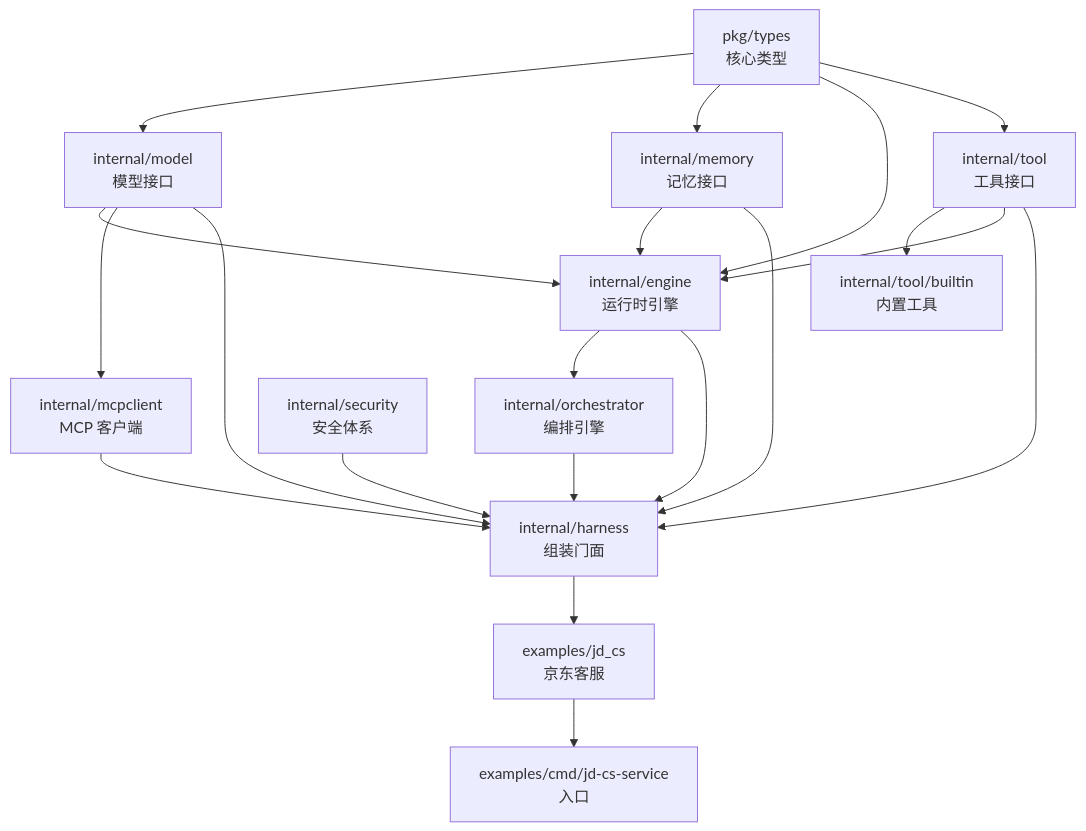
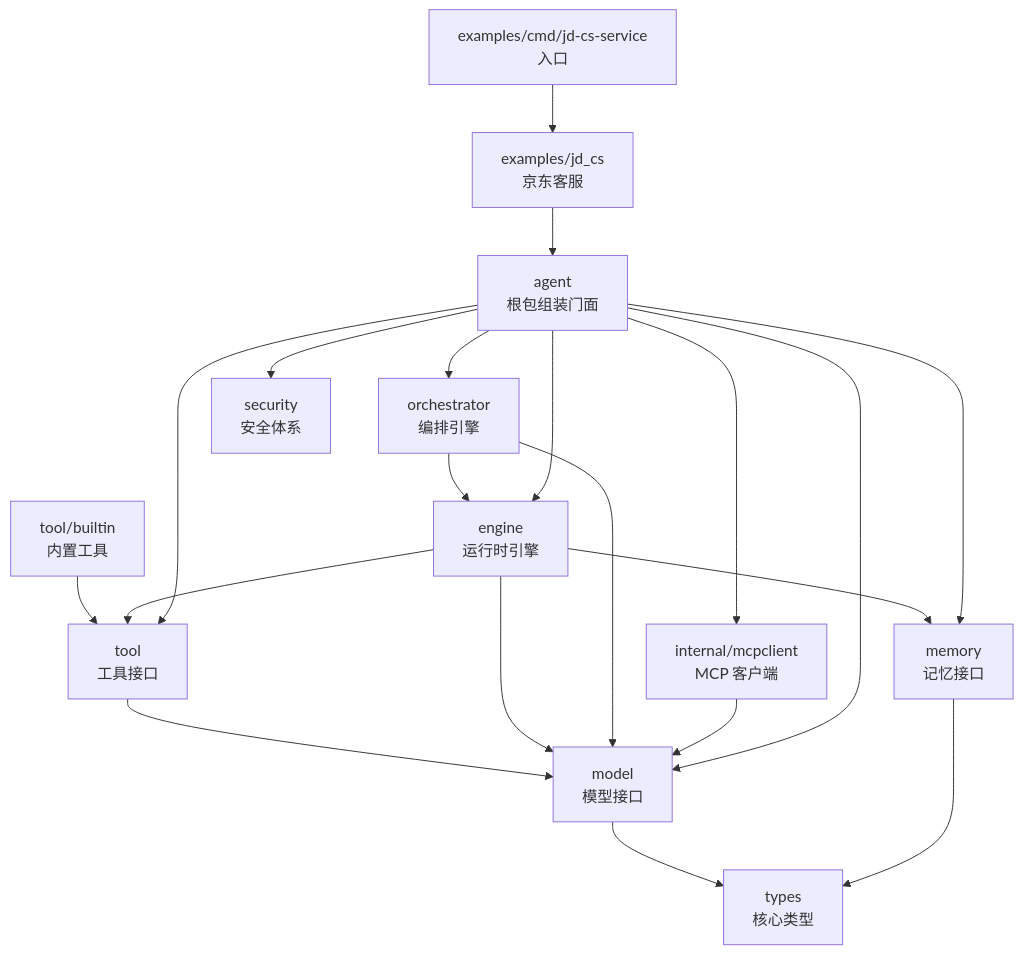
The second of 2 diagrams in docs/02-architecture.md (apexracing/tracklogic-agent), drawn with Mermaid before and after one commit. The commit also changed other lines of this file and 93 other files, not shown here.

````diff
--- a/docs/02-architecture.md
+++ b/docs/02-architecture.md
@@ -402,40 +390,40 @@
 ```mermaid
 graph TB
-    TYPES["pkg/types<br/>核心类型"]
+    TYPES["types<br/>核心类型"]
     
-    MODEL["internal/model<br/>模型接口"]
-    MEMORY["internal/memory<br/>记忆接口"]
-    TOOL["internal/tool<br/>工具接口"]
-    BUILTIN["internal/tool/builtin<br/>内置工具"]
+    MODEL["model<br/>模型接口"]
+    MEMORY["memory<br/>记忆接口"]
+    TOOL["tool<br/>工具接口"]
+    BUILTIN["tool/builtin<br/>内置工具"]
     
-    ENGINE["internal/engine<br/>运行时引擎"]
-    ORCH["internal/orchestrator<br/>编排引擎"]
+    ENGINE["engine<br/>运行时引擎"]
+    ORCH["orchestrator<br/>编排引擎"]
     MCP["internal/mcpclient<br/>MCP 客户端"]
-    SEC["internal/security<br/>安全体系"]
-    HARNESS["internal/harness<br/>组装门面"]
+    SEC["security<br/>安全体系"]
+    HARNESS["agent<br/>根包组装门面"]
     JDCS["examples/jd_cs<br/>京东客服"]
     MAIN["examples/cmd/jd-cs-service<br/>入口"]
     
-    TYPES --> MODEL
-    TYPES --> MEMORY
-    TYPES --> ENGINE
-    TYPES --> TOOL
+    MODEL --> TYPES
+    MEMORY --> TYPES
     
-    MODEL --> ENGINE
-    MEMORY --> ENGINE
-    TOOL --> BUILTIN
-    TOOL --> ENGINE
+    TOOL --> MODEL
+    BUILTIN --> TOOL
+    ENGINE --> MODEL
+    ENGINE --> MEMORY
+    ENGINE --> TOOL
     
-    ENGINE --> ORCH
-    MODEL --> MCP
-    ENGINE --> HARNESS
-    TOOL --> HARNESS
-    MEMORY --> HARNESS
-    MODEL --> HARNESS
-    ORCH --> HARNESS
-    MCP --> HARNESS
-    SEC --> HARNESS
+    ORCH --> ENGINE
+    ORCH --> MODEL
+    MCP --> MODEL
+    HARNESS --> ENGINE
+    HARNESS --> TOOL
+    HARNESS --> MEMORY
+    HARNESS --> MODEL
+    HARNESS --> ORCH
+    HARNESS --> MCP
+    HARNESS --> SEC
     
-    HARNESS --> JDCS
-    JDCS --> MAIN
+    JDCS --> HARNESS
+    MAIN --> JDCS
 ```
````
